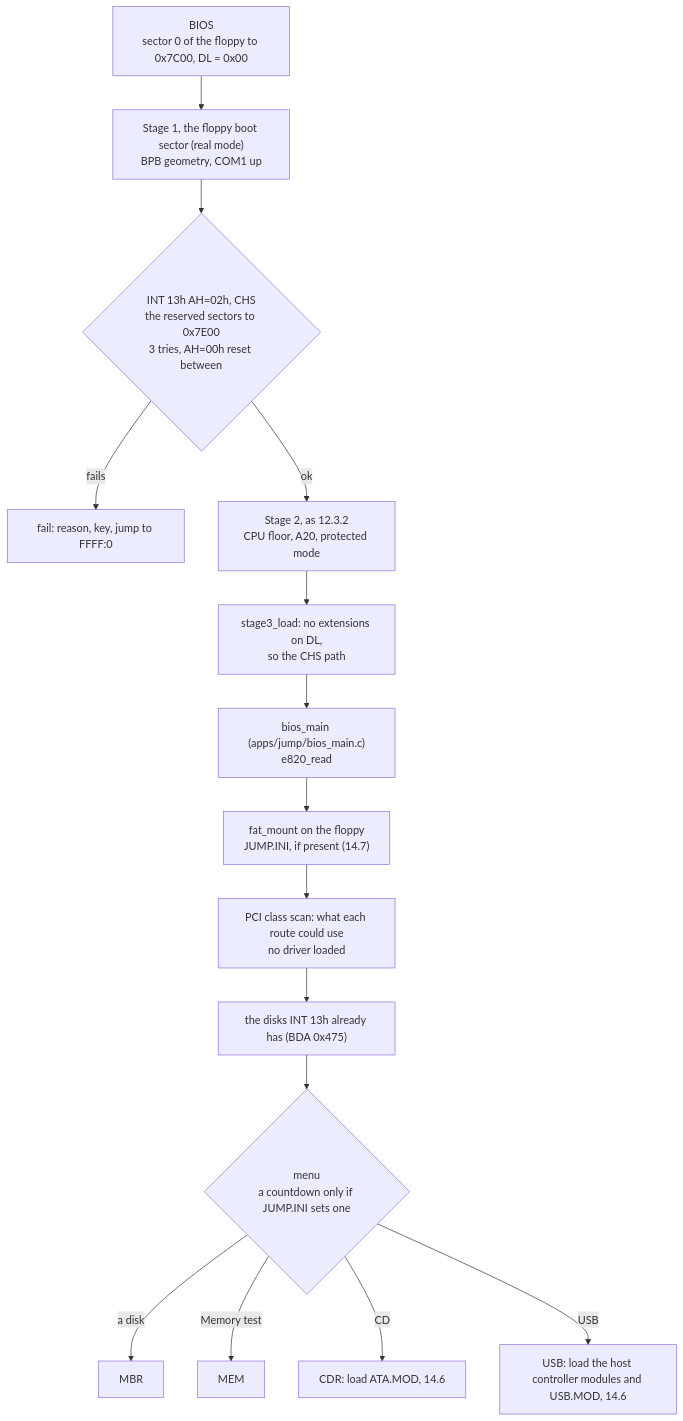
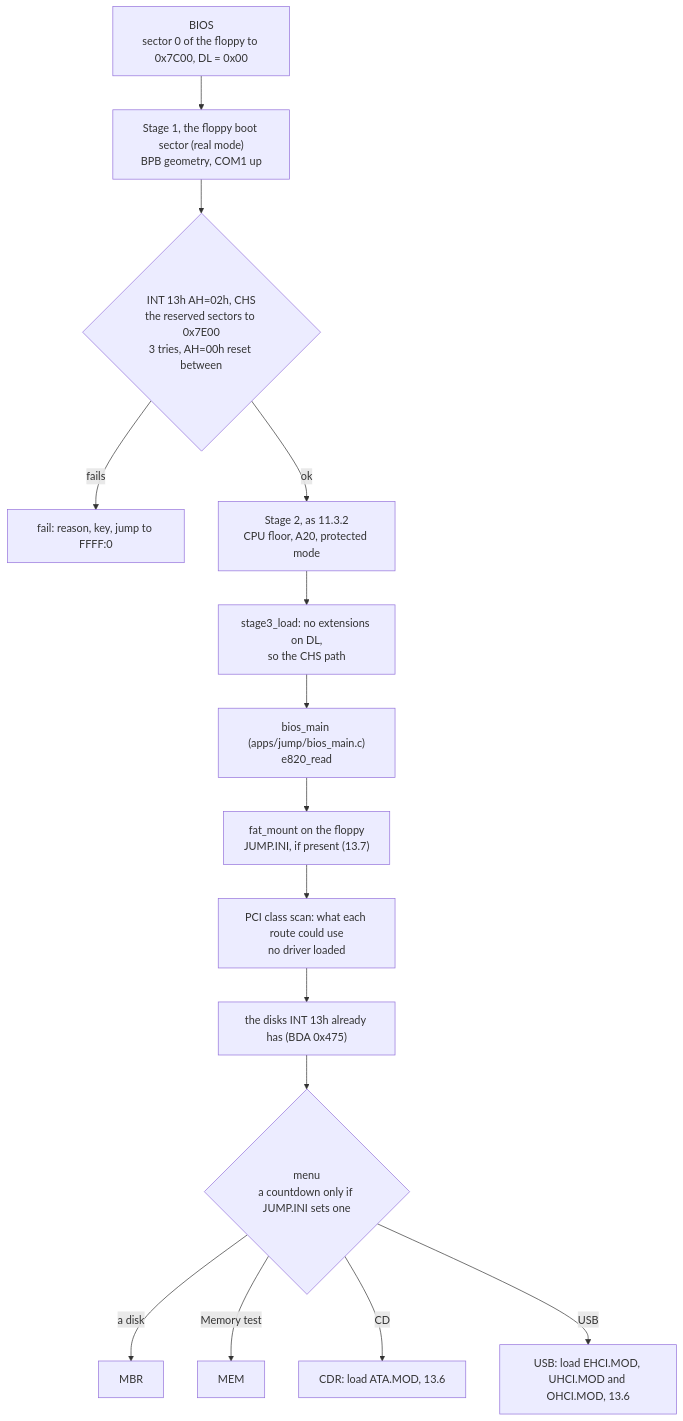
Before and after one commit to vifair22/falcon-boot: diagram 24 of 24 in docs/DESIGN.md, drawn with Mermaid. The commit also changed other lines of this file and 157 other files, not shown here.

````diff
--- a/docs/DESIGN.md
+++ b/docs/DESIGN.md
@@ -5715,17 +4522,17 @@
 ```mermaid
 flowchart TD
     BIOS["BIOS<br/>sector 0 of the floppy to 0x7C00, DL = 0x00"] --> S1["Stage 1, the floppy boot sector (real mode)<br/>BPB geometry, COM1 up"]
     S1 --> RD{"INT 13h AH=02h, CHS<br/>the reserved sectors to 0x7E00<br/>3 tries, AH=00h reset between"}
     RD -- fails --> F1["fail: reason, key, jump to FFFF:0"]
-    RD -- ok --> S2["Stage 2, as 12.3.2<br/>CPU floor, A20, protected mode"]
+    RD -- ok --> S2["Stage 2, as 11.3.2<br/>CPU floor, A20, protected mode"]
     S2 --> L3["stage3_load: no extensions on DL,<br/>so the CHS path"]
     L3 --> BM["bios_main (apps/jump/bios_main.c)<br/>e820_read"]
-    BM --> FAT["fat_mount on the floppy<br/>JUMP.INI, if present (14.7)"]
+    BM --> FAT["fat_mount on the floppy<br/>JUMP.INI, if present (13.7)"]
     FAT --> PCI["PCI class scan: what each route could use<br/>no driver loaded"]
     PCI --> DSK["the disks INT 13h already has (BDA 0x475)"]
     DSK --> MENU{"menu<br/>a countdown only if JUMP.INI sets one"}
     MENU -- "a disk" --> MBR["MBR"]
     MENU -- "Memory test" --> MEM["MEM"]
-    MENU -- "CD" --> CDR["CDR: load ATA.MOD, 14.6"]
-    MENU -- "USB" --> USB["USB: load the host controller modules and USB.MOD, 14.6"]
+    MENU -- "CD" --> CDR["CDR: load ATA.MOD, 13.6"]
+    MENU -- "USB" --> USB["USB: load EHCI.MOD, UHCI.MOD and OHCI.MOD, 13.6"]
 ```
````
